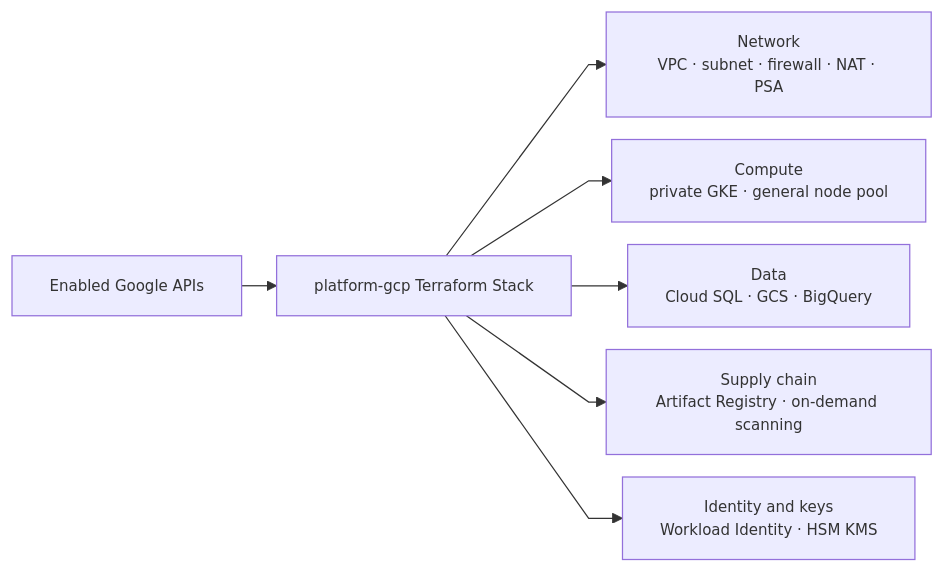
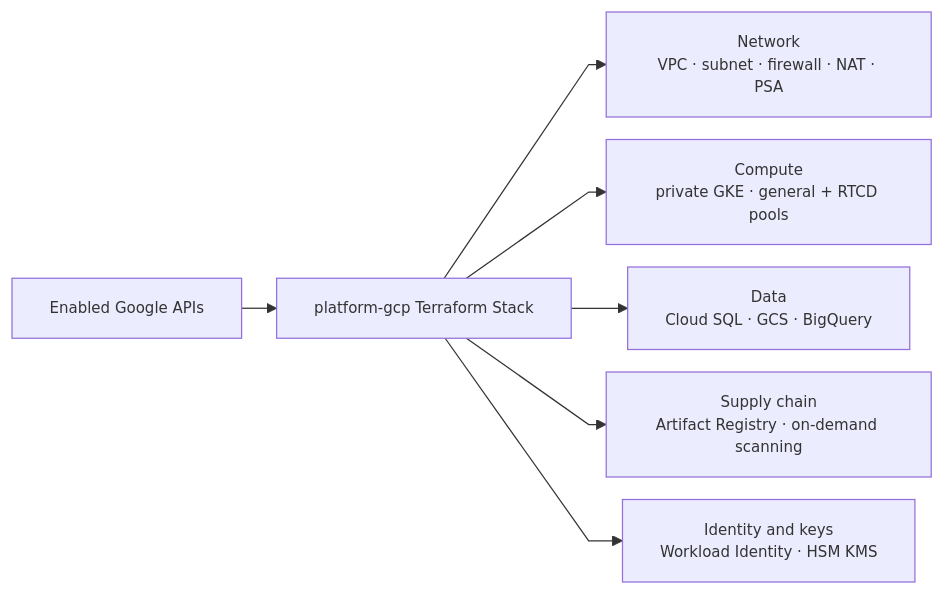
The fourth of 10 diagrams in README.md (pilprod/yourown-chat), drawn with Mermaid before and after one commit. The commit also changed other lines of this file and 24 other files, not shown here.

````diff
--- a/README.md
+++ b/README.md
@@ -629,10 +629,10 @@
 ```mermaid
 %%{init: {"flowchart": {"nodeSpacing": 18, "rankSpacing": 28, "curve": "linear"}, "themeVariables": {"fontSize": "12px"}}}%%
 flowchart LR
   API["Enabled Google APIs"] --> TF["platform-gcp Terraform Stack"]
   TF --> N["Network<br/>VPC · subnet · firewall · NAT · PSA"]
-  TF --> C["Compute<br/>private GKE · general node pool"]
+  TF --> C["Compute<br/>private GKE · general + RTCD pools"]
   TF --> D["Data<br/>Cloud SQL · GCS · BigQuery"]
   TF --> S["Supply chain<br/>Artifact Registry · on-demand scanning"]
   TF --> I["Identity and keys<br/>Workload Identity · HSM KMS"]
 ```
````
